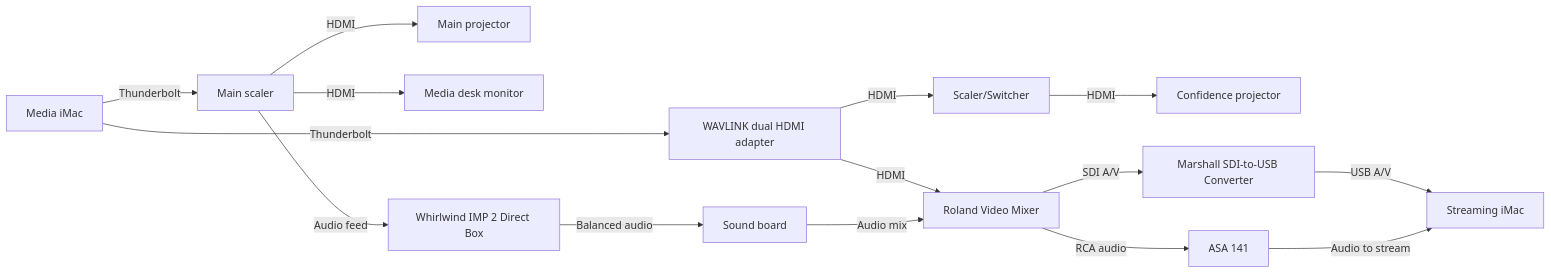
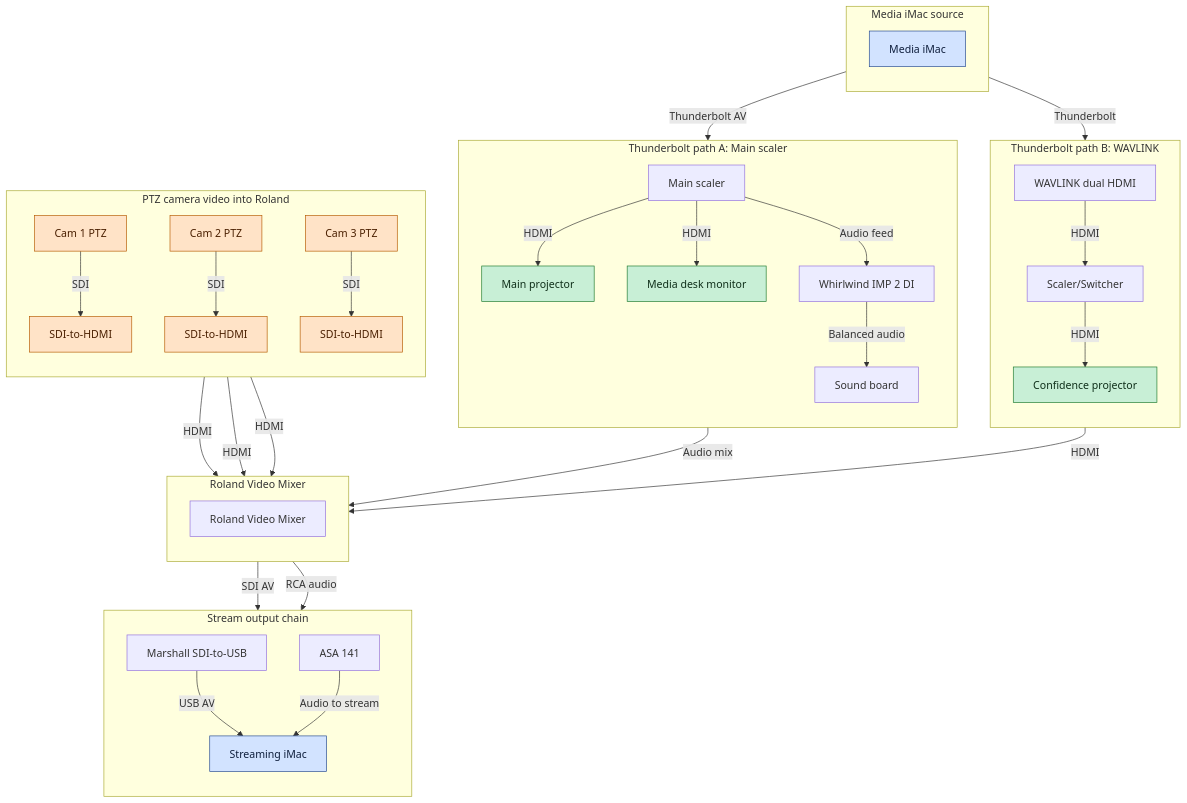
Before and after one commit to nmummau/mjmc-tech-docs: the first of 2 diagrams in docs/big-picture.md, drawn with Mermaid. The commit also changed other lines of this file, not shown here.

Commit message:
docs: improve diagram

````diff
--- a/docs/big-picture.md
+++ b/docs/big-picture.md
@@ -15,18 +15,57 @@
 ```mermaid
-flowchart LR
-    MI[Media iMac]
-    MI -->|Thunderbolt| WL[WAVLINK dual HDMI adapter]
-    WL -->|HDMI| RM[Roland Video Mixer]
-    WL -->|HDMI| SC_CONF[Scaler/Switcher]
-    SC_CONF -->|HDMI| CONF[Confidence projector]
-    MI -->|Thunderbolt| SC_MAIN[Main scaler]
-    SC_MAIN -->|HDMI| PJ1[Main projector]
-    SC_MAIN -->|HDMI| DESK[Media desk monitor]
-    SC_MAIN -->|Audio feed| DI[Whirlwind IMP 2 Direct Box]
-    DI -->|Balanced audio| SB[Sound board]
-    SB -->|Audio mix| RM
-    RM -->|SDI A/V| SDIUSB[Marshall SDI-to-USB Converter]
-    SDIUSB -->|USB A/V| SIMAC[Streaming iMac]
-    RM -->|RCA audio| ASA141[ASA 141]
-    ASA141 -->|Audio to stream| SIMAC
+flowchart TB
+    subgraph SRC[Media iMac source]
+        direction TB
+        MI[Media iMac]
+    end
+
+    subgraph ROLAND[Roland Video Mixer]
+        direction TB
+        RM[Roland Video Mixer]
+    end
+
+    subgraph TB1[Thunderbolt path B: WAVLINK]
+        direction TB
+        MI -->|Thunderbolt| WL[WAVLINK dual HDMI]
+        WL -->|HDMI| SC_CONF[Scaler/Switcher]
+        SC_CONF -->|HDMI| CONF[Confidence projector]
+        WL -->|HDMI| RM
+    end
+
+    subgraph TB2[Thunderbolt path A: Main scaler]
+        direction TB
+        MI -->|Thunderbolt AV| SC_MAIN[Main scaler]
+        SC_MAIN -->|HDMI| PJ1[Main projector]
+        SC_MAIN -->|HDMI| DESK[Media desk monitor]
+        SC_MAIN -->|Audio feed| DI[Whirlwind IMP 2 DI]
+        DI -->|Balanced audio| SB[Sound board]
+        SB -->|Audio mix| RM
+    end
+
+    subgraph CAMS[PTZ camera video into Roland]
+        direction TB
+        CAM1[Cam 1 PTZ] -->|SDI| CAM1CVT[SDI-to-HDMI]
+        CAM1CVT -->|HDMI| RM
+        CAM2[Cam 2 PTZ] -->|SDI| CAM2CVT[SDI-to-HDMI]
+        CAM2CVT -->|HDMI| RM
+        CAM3[Cam 3 PTZ] -->|SDI| CAM3CVT[SDI-to-HDMI]
+        CAM3CVT -->|HDMI| RM
+    end
+
+    subgraph STREAM[Stream output chain]
+        direction TB
+        RM -->|SDI AV| SDIUSB[Marshall SDI-to-USB]
+        SDIUSB -->|USB AV| SIMAC[Streaming iMac]
+        RM -->|RCA audio| ASA141[ASA 141]
+        ASA141 -->|Audio to stream| SIMAC
+    end
+
+    classDef mac fill:#d2e3ff,stroke:#274b8f,stroke-width:1px,color:#0f1f3d;
+    classDef display fill:#c8efd6,stroke:#1f7a2e,stroke-width:1px,color:#0f2f1a;
+    classDef camera fill:#ffe3c7,stroke:#b65b00,stroke-width:1px,color:#4a1f00;
+    classDef control fill:#f3d9ff,stroke:#8b2bb0,stroke-width:1px,color:#3c0c52;
+
+    class MI,SIMAC mac;
+    class PJ1,DESK,CONF display;
+    class CAM1,CAM2,CAM3,CAM1CVT,CAM2CVT,CAM3CVT camera;
 ```
````
